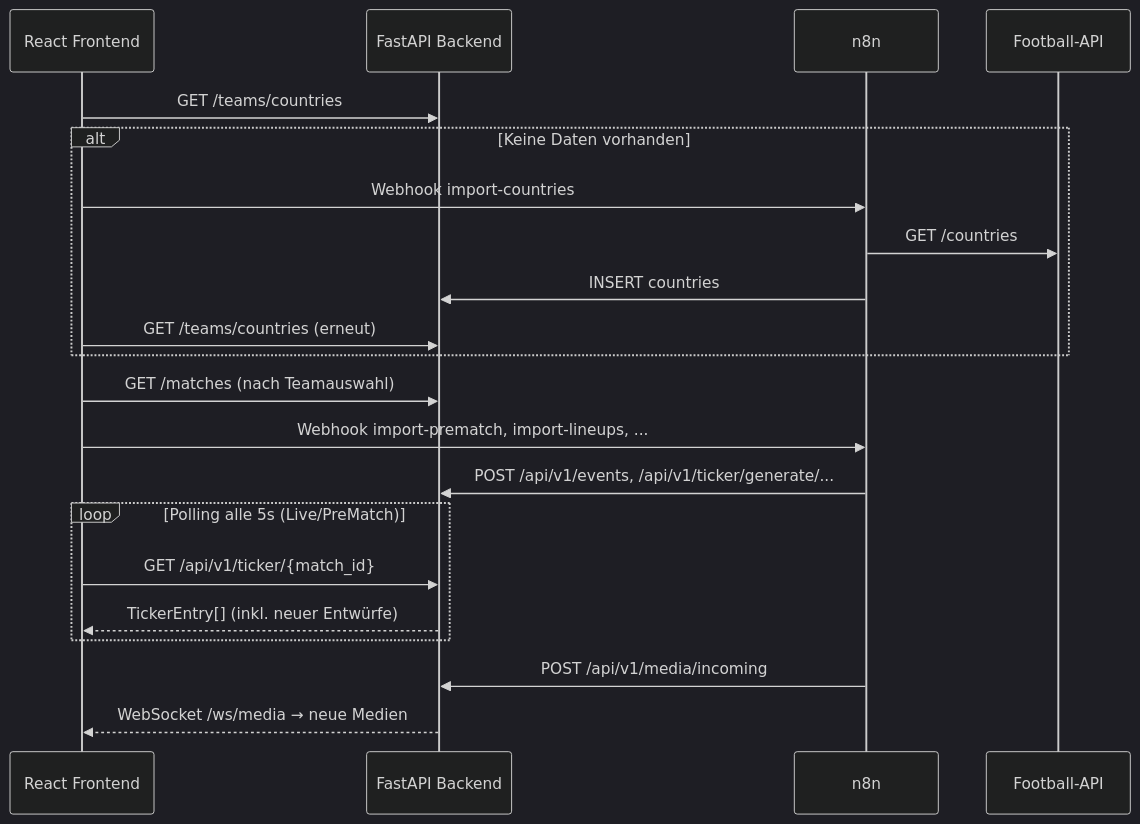
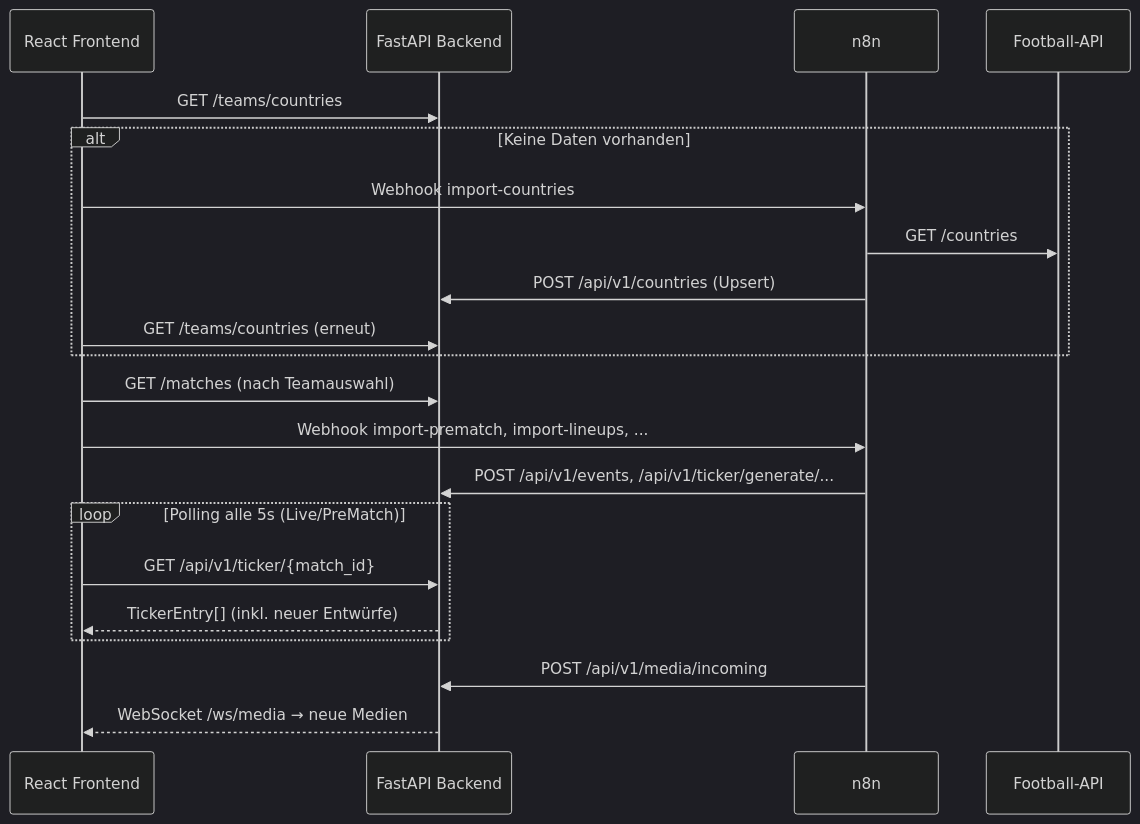
One commit to JonasKimmer/liveticker-eintracht changed the second of 8 diagrams in docs/kapitel4_systemkonzeption.md. Above: the diagram before and after it, drawn with Mermaid (dark theme). The commit also changed other lines of this file and 7 other files, not shown here.

````diff
--- a/docs/kapitel4_systemkonzeption.md
+++ b/docs/kapitel4_systemkonzeption.md
@@ -69,27 +69,27 @@
 ```mermaid
 sequenceDiagram
     participant FE as React Frontend
     participant BE as FastAPI Backend
     participant N8N as n8n
     participant FAPI as Football-API
 
     FE->>BE: GET /teams/countries
     alt Keine Daten vorhanden
         FE->>N8N: Webhook import-countries
         N8N->>FAPI: GET /countries
-        N8N->>BE: INSERT countries
+        N8N->>BE: POST /api/v1/countries (Upsert)
         FE->>BE: GET /teams/countries (erneut)
     end
 
     FE->>BE: GET /matches (nach Teamauswahl)
     FE->>N8N: Webhook import-prematch, import-lineups, ...
     N8N->>BE: POST /api/v1/events, /api/v1/ticker/generate/...
 
     loop Polling alle 5s (Live/PreMatch)
         FE->>BE: GET /api/v1/ticker/{match_id}
         BE-->>FE: TickerEntry[] (inkl. neuer Entwürfe)
     end
 
     N8N->>BE: POST /api/v1/media/incoming
     BE-->>FE: WebSocket /ws/media → neue Medien
 ```
````
